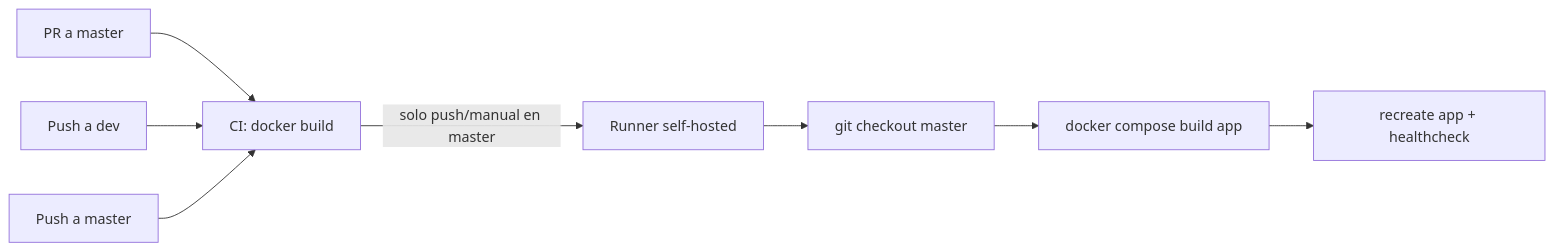
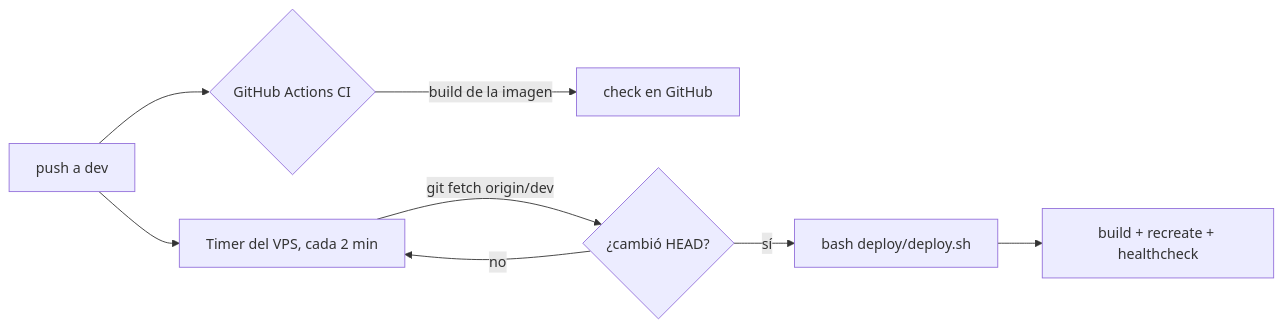
The diagram in docs/CI-CD.md (jctrejosi/ecommerce), drawn with Mermaid before and after one commit. The commit also changed other lines of this file and 4 other files, not shown here.

````diff
--- a/docs/CI-CD.md
+++ b/docs/CI-CD.md
@@ -5,10 +6,10 @@
 ```mermaid
 flowchart LR
-    A[PR a master] --> C[CI: docker build]
-    B[Push a dev] --> C
-    D[Push a master] --> C
-    C -->|solo push/manual en master| E[Runner self-hosted]
-    E --> F[git checkout master]
-    F --> G[docker compose build app]
-    G --> H[recreate app + healthcheck]
+    A[push a dev] --> B{GitHub Actions CI}
+    B -->|build de la imagen| C[check en GitHub]
+    A --> D[Timer del VPS, cada 2 min]
+    D -->|git fetch origin/dev| E{¿cambió HEAD?}
+    E -->|sí| F[bash deploy/deploy.sh]
+    E -->|no| D
+    F --> G[build + recreate + healthcheck]
 ```
````
